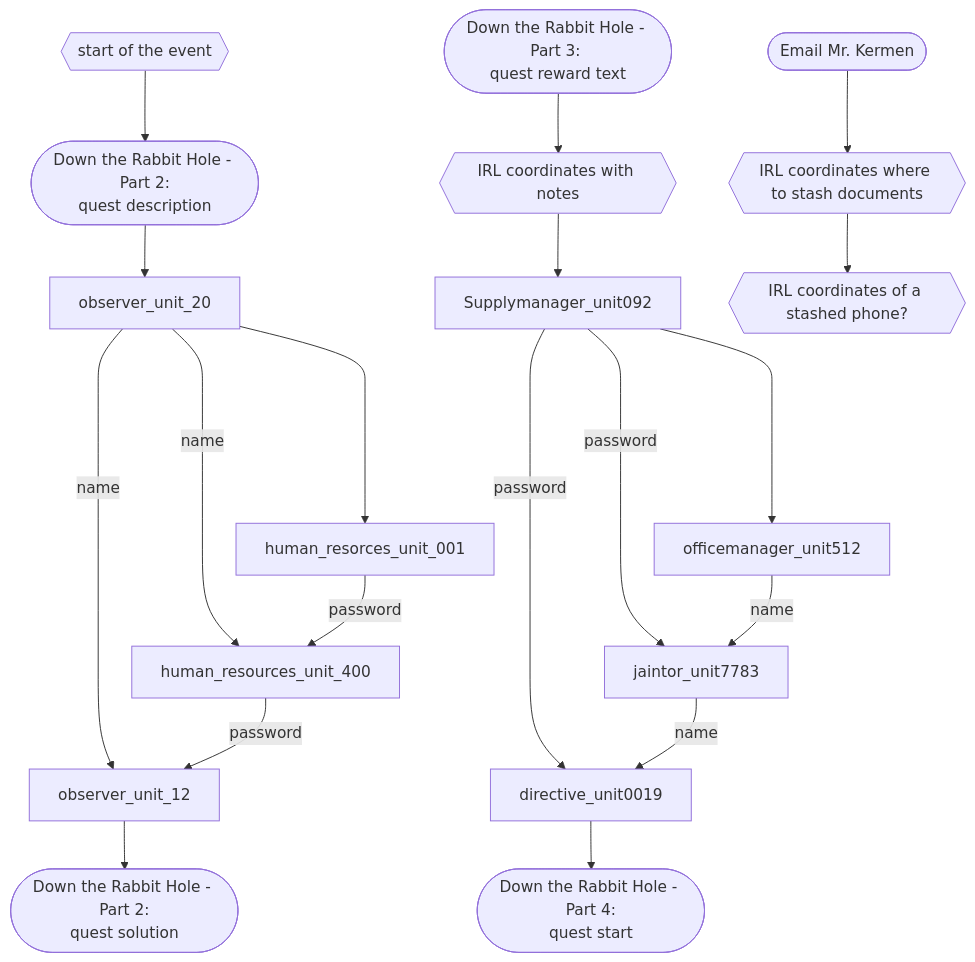
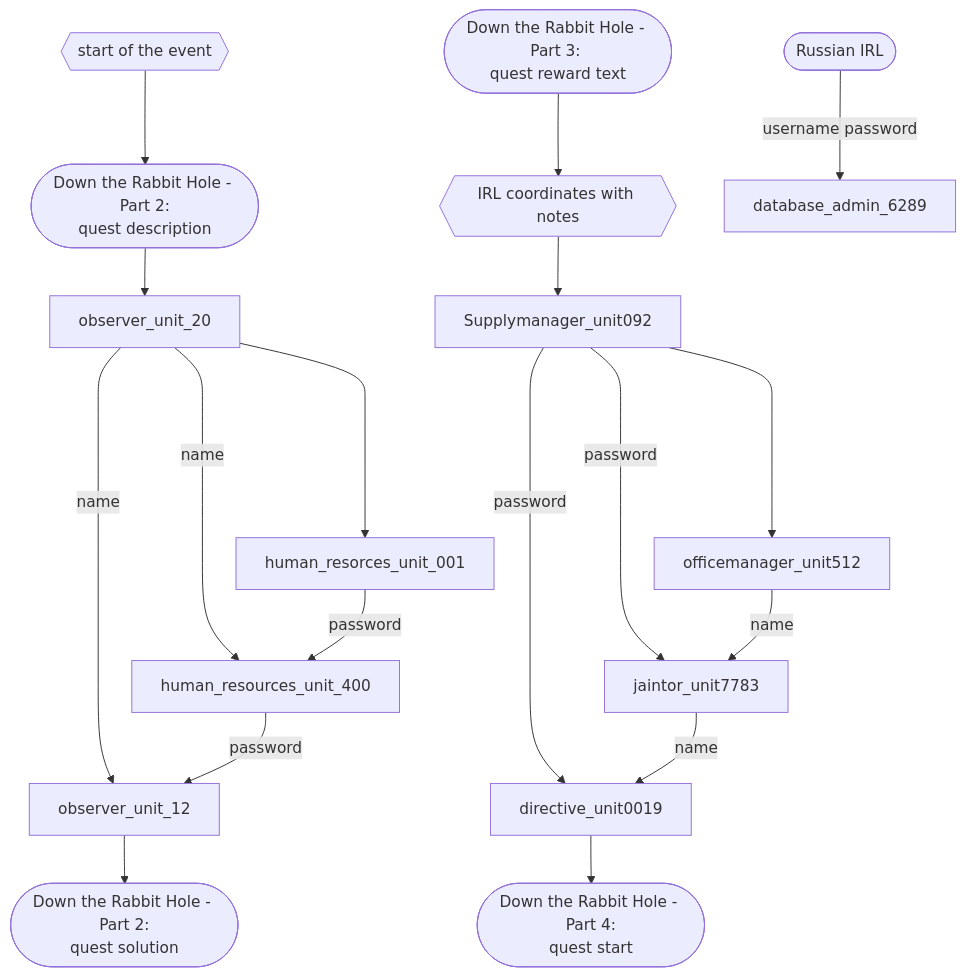
Before and after one commit to 3ncy/ARRS-s5: the diagram in README.md, drawn with Mermaid. The commit also changed other lines of this file, not shown here.

````diff
--- a/README.md
+++ b/README.md
@@ -16,27 +17,26 @@
 ```mermaid
 graph TD;
     start{{start of the event}} --> quest2-desc(["Down the Rabbit Hole - Part 2:
 quest description"]);
     quest2-desc --> observer_unit_20;
     observer_unit_20 --name--> observer_unit_12;
     observer_unit_20 --name--> human_resources_unit_400;
     observer_unit_20 ----> human_resorces_unit_001;
     human_resorces_unit_001 --password--> human_resources_unit_400;
     human_resources_unit_400 --password--> observer_unit_12;
     observer_unit_12 --> quest2-sol(["Down the Rabbit Hole - Part 2:
 quest solution"]);
 
     quest3(["Down the Rabbit Hole - Part 3: 
 quest reward text"]) --> irl{{IRL coordinates with notes}};
     irl --> Supplymanager_unit092;
     Supplymanager_unit092 ----> officemanager_unit512;
     Supplymanager_unit092 --password--> jaintor_unit7783;
     Supplymanager_unit092 --password--> directive_unit0019;
     officemanager_unit512 --name--> jaintor_unit7783;
     jaintor_unit7783 --name--> directive_unit0019;
     directive_unit0019 --> quest4(["Down the Rabbit Hole - Part 4:
 quest start"]);
 
-    email(["Email Mr. Kermen"]) --> irl2{{IRL coordinates where to stash documents}};
-    irl2 --> irl3{{IRL coordinates of a stashed phone?}}
+    irl2(["Russian IRL"]) --username password--> database_admin_6289
 ```
````
